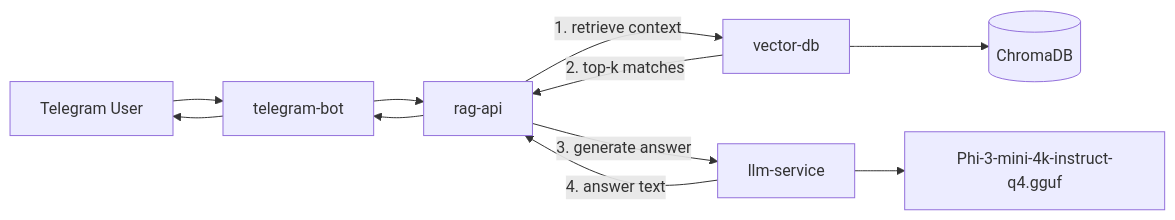
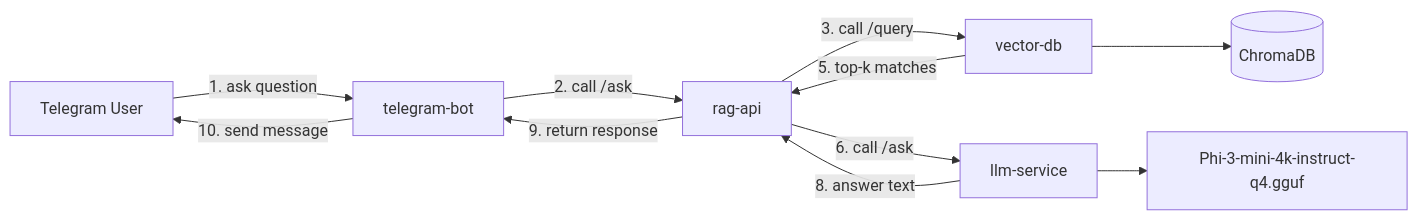
The diagram in rag-system/ARCHITECTURE.md (navin251285/avivo), drawn with Mermaid before and after one commit. The commit also changed other lines of this file and 3 other files, not shown here.

Commit message:
Recreate architecture diagram and document sequential Telegram-to-RAG flow

````diff
--- a/rag-system/ARCHITECTURE.md
+++ b/rag-system/ARCHITECTURE.md
@@ -15,13 +15,13 @@
 ```mermaid
 flowchart LR
-    U[Telegram User] --> T[telegram-bot]
-    T --> R[rag-api]
-  R -->|1. retrieve context| V[vector-db]
+    U[Telegram User] -->|1. ask question| T[telegram-bot]
+    T -->|2. call /ask| R[rag-api]
+  R -->|3. call /query| V[vector-db]
     V --> C[(ChromaDB)]
-  V -->|2. top-k matches| R
-  R -->|3. generate answer| L[llm-service]
+  V -->|5. top-k matches| R
+  R -->|6. call /ask| L[llm-service]
     L --> M[Phi-3-mini-4k-instruct-q4.gguf]
-  L -->|4. answer text| R
-    R --> T
-    T --> U
+  L -->|8. answer text| R
+    R -->|9. return response| T
+    T -->|10. send message| U
 ```
````
